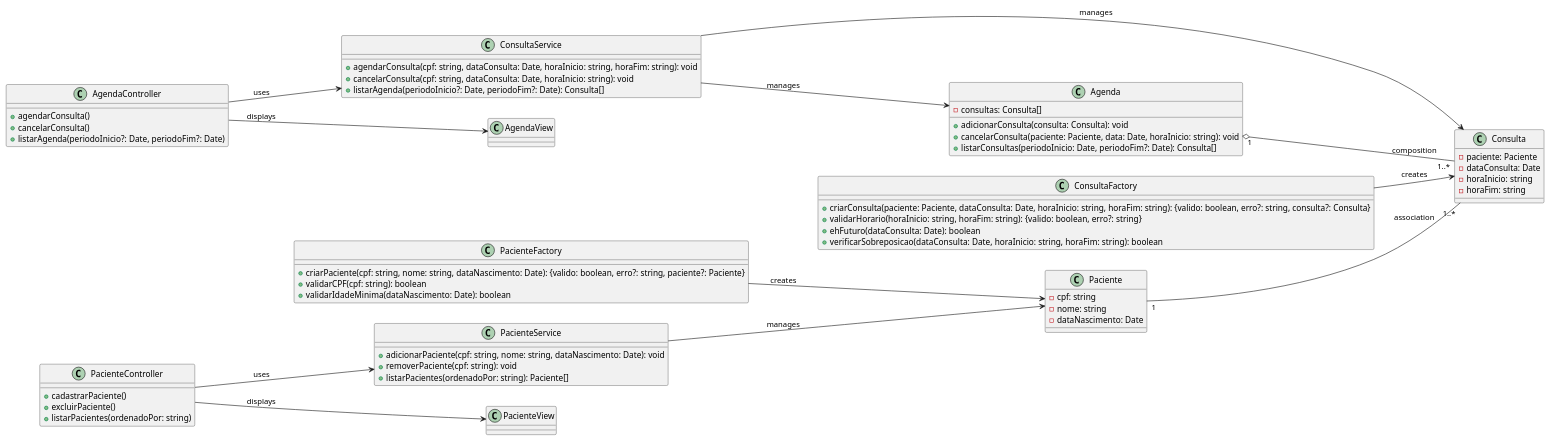
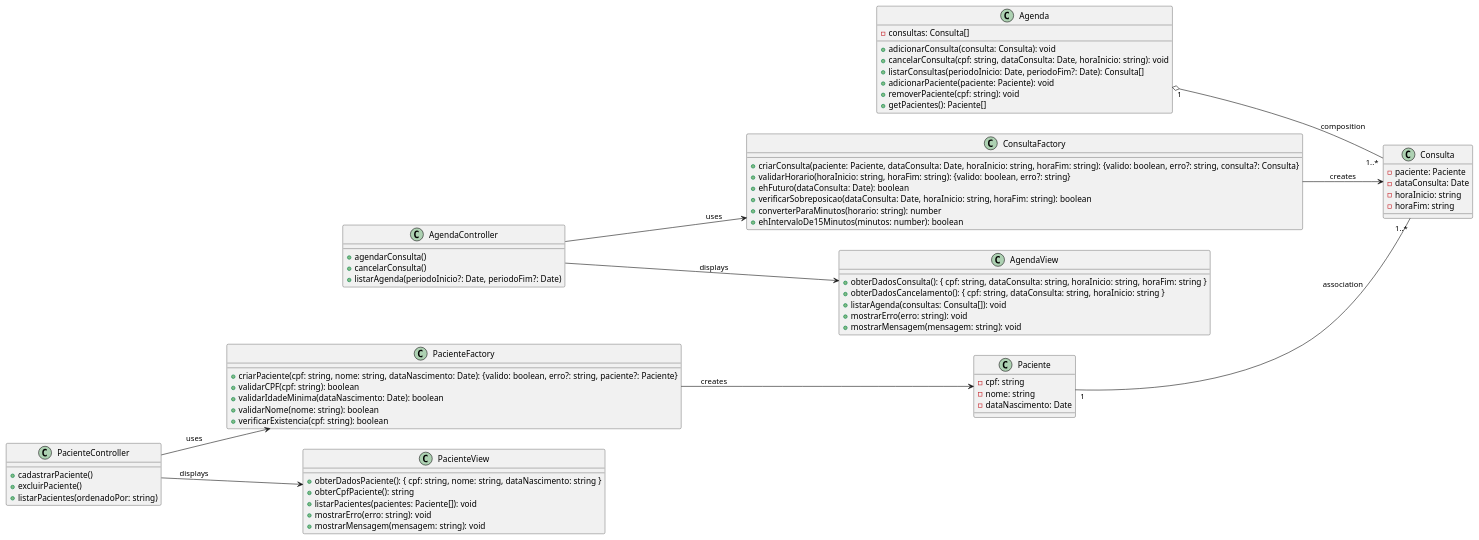
One commit to gusmrtns/agenda-consultorio-odontologico changed the diagram in diagrama_de_classes/diagrama_de_classes.PlantUML. Above: the diagram before and after it, drawn with PlantUML. The commit also changed 2 other files, not shown here.

Commit message:
Diagrama de classes update

```diff
--- a/diagrama_de_classes/diagrama_de_classes.PlantUML
+++ b/diagrama_de_classes/diagrama_de_classes.PlantUML
@@ -1,80 +1,84 @@
 @startuml
 left to right direction
 
 class Paciente {
     - cpf: string
     - nome: string
     - dataNascimento: Date
 }
 
 class Consulta {
     - paciente: Paciente
     - dataConsulta: Date
     - horaInicio: string
     - horaFim: string
 }
 
 class Agenda {
     - consultas: Consulta[]
     + adicionarConsulta(consulta: Consulta): void
-    + cancelarConsulta(paciente: Paciente, data: Date, horaInicio: string): void
+    + cancelarConsulta(cpf: string, dataConsulta: Date, horaInicio: string): void
     + listarConsultas(periodoInicio: Date, periodoFim?: Date): Consulta[]
+    + adicionarPaciente(paciente: Paciente): void
+    + removerPaciente(cpf: string): void
+    + getPacientes(): Paciente[]
 }
 
 class PacienteFactory {
     + criarPaciente(cpf: string, nome: string, dataNascimento: Date): {valido: boolean, erro?: string, paciente?: Paciente}
     + validarCPF(cpf: string): boolean
     + validarIdadeMinima(dataNascimento: Date): boolean
+    + validarNome(nome: string): boolean
+    + verificarExistencia(cpf: string): boolean
 }
 
 class ConsultaFactory {
     + criarConsulta(paciente: Paciente, dataConsulta: Date, horaInicio: string, horaFim: string): {valido: boolean, erro?: string, consulta?: Consulta}
     + validarHorario(horaInicio: string, horaFim: string): {valido: boolean, erro?: string}
     + ehFuturo(dataConsulta: Date): boolean
     + verificarSobreposicao(dataConsulta: Date, horaInicio: string, horaFim: string): boolean
-}
-
-class PacienteService {
-    + adicionarPaciente(cpf: string, nome: string, dataNascimento: Date): void
-    + removerPaciente(cpf: string): void
-    + listarPacientes(ordenadoPor: string): Paciente[]
-}
-
-class ConsultaService {
-    + agendarConsulta(cpf: string, dataConsulta: Date, horaInicio: string, horaFim: string): void
-    + cancelarConsulta(cpf: string, dataConsulta: Date, horaInicio: string): void
-    + listarAgenda(periodoInicio?: Date, periodoFim?: Date): Consulta[]
+    + converterParaMinutos(horario: string): number
+    + ehIntervaloDe15Minutos(minutos: number): boolean
 }
 
 class PacienteController {
     + cadastrarPaciente()
     + excluirPaciente()
     + listarPacientes(ordenadoPor: string)
 }
 
 class AgendaController {
     + agendarConsulta()
     + cancelarConsulta()
     + listarAgenda(periodoInicio?: Date, periodoFim?: Date)
 }
 
-class PacienteView
-class AgendaView
+class PacienteView {
+    + obterDadosPaciente(): { cpf: string, nome: string, dataNascimento: string }
+    + obterCpfPaciente(): string
+    + listarPacientes(pacientes: Paciente[]): void
+    + mostrarErro(erro: string): void
+    + mostrarMensagem(mensagem: string): void
+}
+
+class AgendaView {
+    + obterDadosConsulta(): { cpf: string, dataConsulta: string, horaInicio: string, horaFim: string }
+    + obterDadosCancelamento(): { cpf: string, dataConsulta: string, horaInicio: string }
+    + listarAgenda(consultas: Consulta[]): void
+    + mostrarErro(erro: string): void
+    + mostrarMensagem(mensagem: string): void
+}
 
 Paciente "1" -- "1..*" Consulta : association
 Agenda "1" o-- "1..*" Consulta : composition
 
 PacienteFactory --> Paciente : creates
 ConsultaFactory --> Consulta : creates
 
-PacienteService --> Paciente : manages
-ConsultaService --> Consulta : manages
-ConsultaService --> Agenda : manages
-
-PacienteController --> PacienteService : uses
-AgendaController --> ConsultaService : uses
+PacienteController --> PacienteFactory : uses
+AgendaController --> ConsultaFactory : uses
 
 PacienteController --> PacienteView : displays
 AgendaController --> AgendaView : displays
 
 @enduml
```
